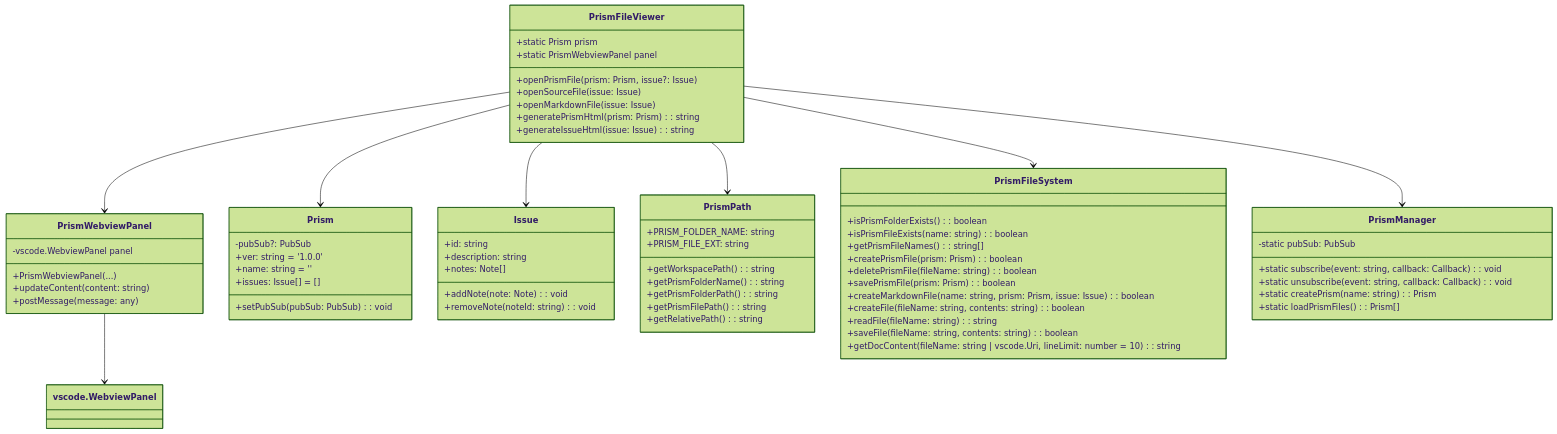
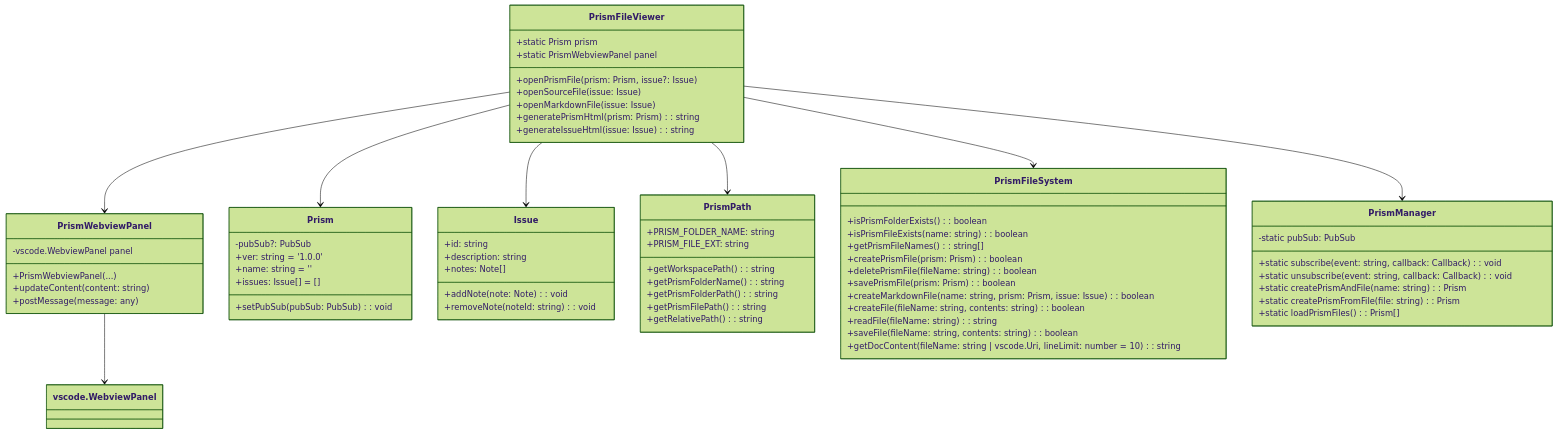
Before and after one commit to negahama/NegahamaOrg.CodePrism: the diagram in .prism/docs/3edd7c0344aae1a866edab7c246531b1.md, drawn with Mermaid (forest theme). The commit also changed 11 other files, not shown here.

````diff
--- a/.prism/docs/3edd7c0344aae1a866edab7c246531b1.md
+++ b/.prism/docs/3edd7c0344aae1a866edab7c246531b1.md
@@ -11,75 +11,76 @@
 ```mermaid
 classDiagram
   class PrismFileViewer {
     +static Prism prism
     +static PrismWebviewPanel panel
     +openPrismFile(prism: Prism, issue?: Issue)
     +openSourceFile(issue: Issue)
     +openMarkdownFile(issue: Issue)
     +generatePrismHtml(prism: Prism): string
     +generateIssueHtml(issue: Issue): string
   }
 
   class PrismWebviewPanel {
     -vscode.WebviewPanel panel
     +PrismWebviewPanel(...)
     +updateContent(content: string)
     +postMessage(message: any)
   }
 
   class Prism {
     -pubSub?: PubSub
     +ver: string = '1.0.0'
     +name: string = ''
     +issues: Issue[] = []
     +setPubSub(pubSub: PubSub): void
   }
 
   class Issue {
     +id: string
     +description: string
     +notes: Note[]
     +addNote(note: Note): void
     +removeNote(noteId: string): void
   }
 
   class PrismPath {
     +PRISM_FOLDER_NAME: string
     +PRISM_FILE_EXT: string
     +getWorkspacePath(): string
     +getPrismFolderName(): string
     +getPrismFolderPath(): string
     +getPrismFilePath(): string
     +getRelativePath(): string
   }
 
   class PrismFileSystem {
     +isPrismFolderExists(): boolean
     +isPrismFileExists(name: string): boolean
     +getPrismFileNames(): string[]
     +createPrismFile(prism: Prism): boolean
     +deletePrismFile(fileName: string): boolean
     +savePrismFile(prism: Prism): boolean
     +createMarkdownFile(name: string, prism: Prism, issue: Issue): boolean
     +createFile(fileName: string, contents: string): boolean
     +readFile(fileName: string): string
     +saveFile(fileName: string, contents: string): boolean
     +getDocContent(fileName: string | vscode.Uri, lineLimit: number = 10): string
   }
 
   class PrismManager {
     -static pubSub: PubSub
     +static subscribe(event: string, callback: Callback): void
     +static unsubscribe(event: string, callback: Callback): void
-    +static createPrism(name: string): Prism
+    +static createPrismAndFile(name: string): Prism
+    +static createPrismFromFile(file: string): Prism
     +static loadPrismFiles(): Prism[]
   }
 
   PrismFileViewer --> Prism
   PrismFileViewer --> Issue
   PrismFileViewer --> PrismWebviewPanel
   PrismWebviewPanel --> vscode.WebviewPanel
   PrismFileViewer --> PrismPath
   PrismFileViewer --> PrismFileSystem
   PrismFileViewer --> PrismManager
 ```
````
